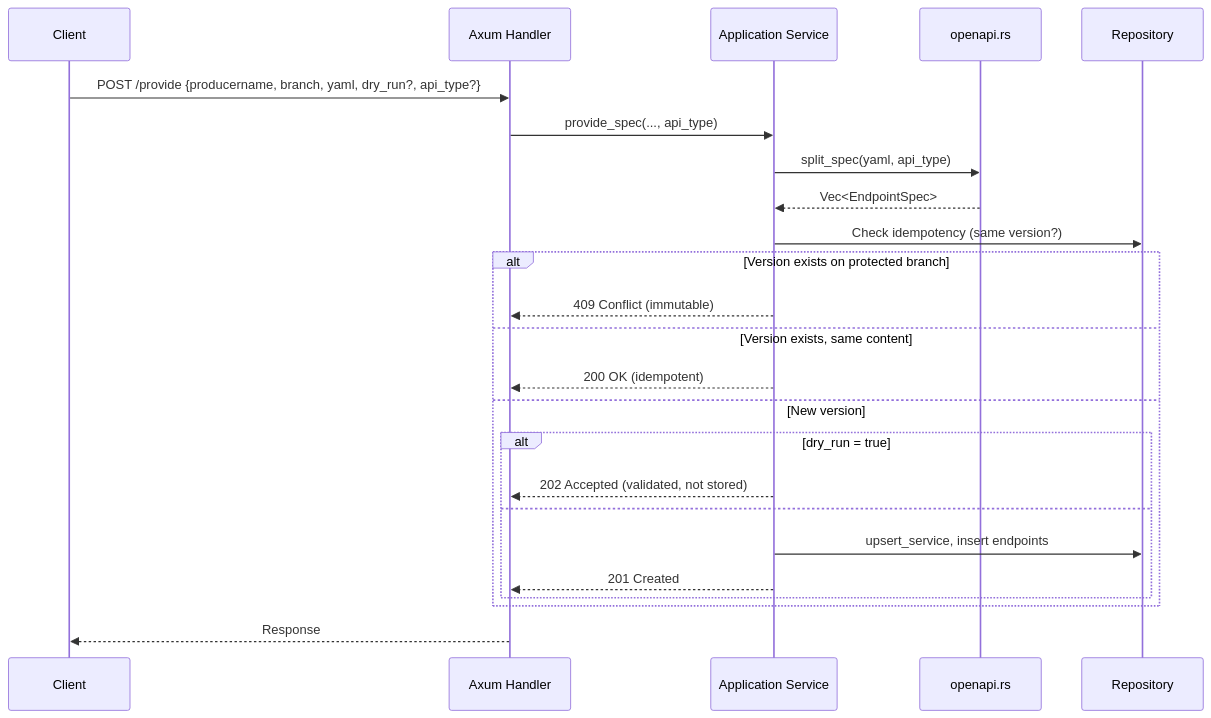
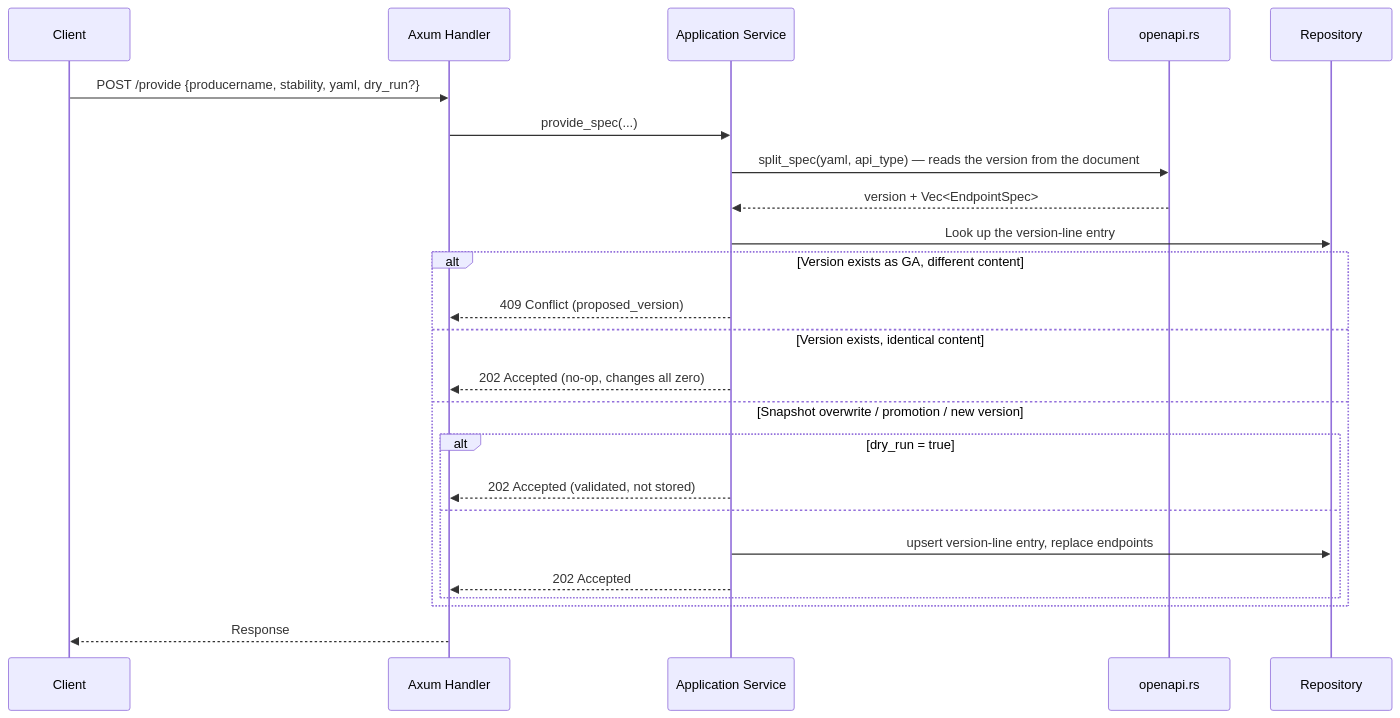
One commit to paxel/sanshain-service changed the second of 7 diagrams in docs/developer-guide.md. Above: the diagram before and after it, drawn with Mermaid. The commit also changed other lines of this file and 94 other files, not shown here.

````diff
--- a/docs/developer-guide.md
+++ b/docs/developer-guide.md
@@ -64,27 +64,27 @@
 ```mermaid
 sequenceDiagram
     participant Client
     participant Handler as Axum Handler
     participant Service as Application Service
     participant Splitter as openapi.rs
     participant Repo as Repository
 
-    Client->>Handler: POST /provide {producername, branch, yaml, dry_run?, api_type?}
-    Handler->>Service: provide_spec(..., api_type)
-    Service->>Splitter: split_spec(yaml, api_type)
-    Splitter-->>Service: Vec<EndpointSpec>
-    Service->>Repo: Check idempotency (same version?)
-    alt Version exists on protected branch
-        Service-->>Handler: 409 Conflict (immutable)
-    else Version exists, same content
-        Service-->>Handler: 200 OK (idempotent)
-    else New version
+    Client->>Handler: POST /provide {producername, stability, yaml, dry_run?}
+    Handler->>Service: provide_spec(...)
+    Service->>Splitter: split_spec(yaml, api_type) — reads the version from the document
+    Splitter-->>Service: version + Vec<EndpointSpec>
+    Service->>Repo: Look up the version-line entry
+    alt Version exists as GA, different content
+        Service-->>Handler: 409 Conflict (proposed_version)
+    else Version exists, identical content
+        Service-->>Handler: 202 Accepted (no-op, changes all zero)
+    else Snapshot overwrite / promotion / new version
         alt dry_run = true
             Service-->>Handler: 202 Accepted (validated, not stored)
         else
-            Service->>Repo: upsert_service, insert endpoints
-            Service-->>Handler: 201 Created
+            Service->>Repo: upsert version-line entry, replace endpoints
+            Service-->>Handler: 202 Accepted
         end
     end
     Handler-->>Client: Response
 ```
````
